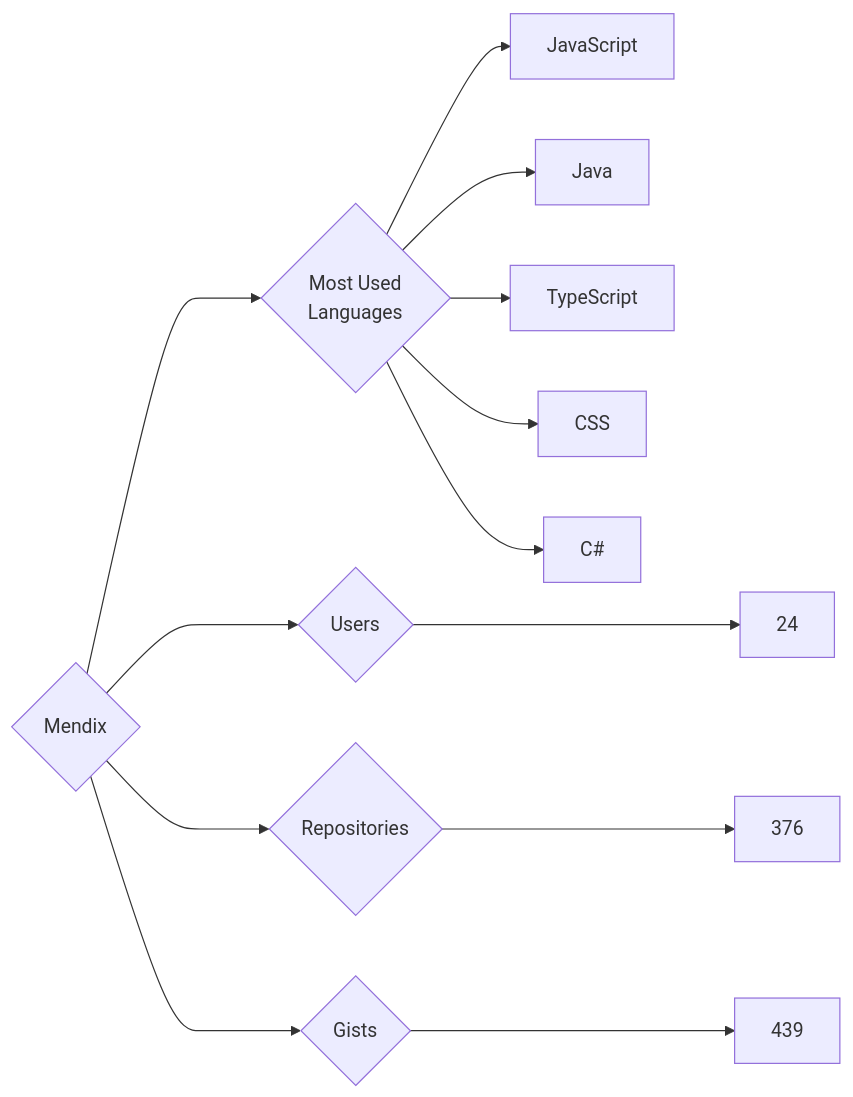
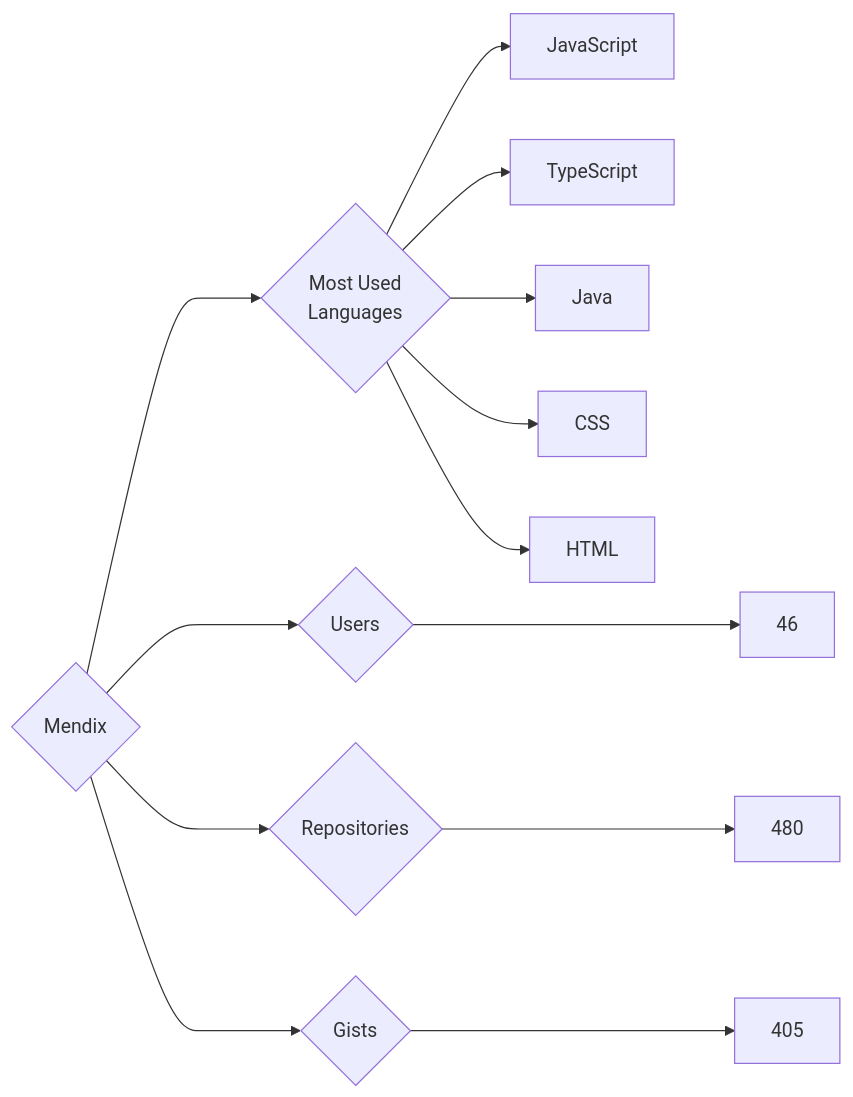
The diagram in targets/Mendix/README.md (trickest/insiders), drawn with Mermaid before and after one commit. The commit also changed 806 other files, not shown here.

````diff
--- a/targets/Mendix/README.md
+++ b/targets/Mendix/README.md
@@ -3,13 +3,13 @@
 ```mermaid
 graph LR
 COMPANY_NAME{Mendix}
-COMPANY_NAME ---> U{Users} ---> UN[24]
-COMPANY_NAME ---> R{Repositories} ---> RN[376]
-COMPANY_NAME ---> G{Gists} ---> GN[439]
+COMPANY_NAME ---> U{Users} ---> UN[46]
+COMPANY_NAME ---> R{Repositories} ---> RN[480]
+COMPANY_NAME ---> G{Gists} ---> GN[405]
 COMPANY_NAME ---> ML{Most Used<br>Languages}
 ML --> JavaScript[JavaScript]
+ML --> TypeScript[TypeScript]
 ML --> Java[Java]
-ML --> TypeScript[TypeScript]
 ML --> CSS[CSS]
-ML --> C#[C#]
+ML --> HTML[HTML]
 ```
````
